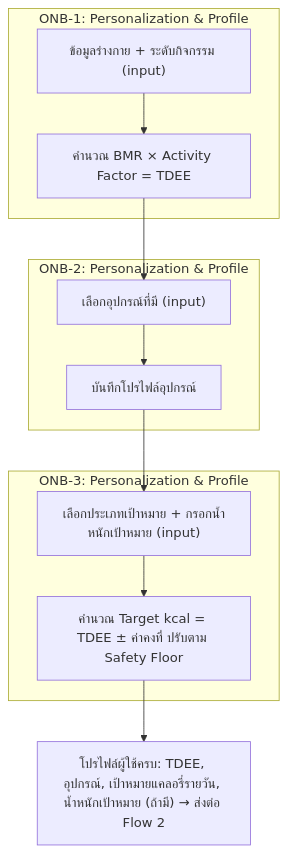
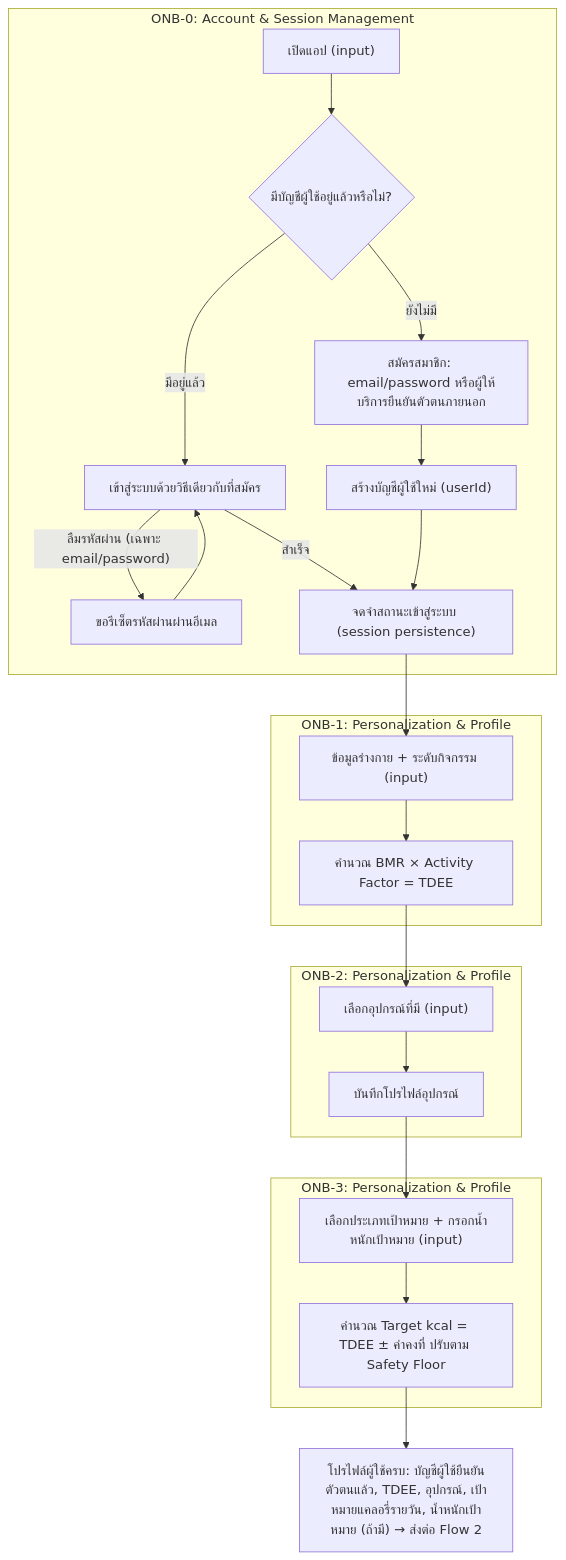
Before and after one commit to Kikofah/smartFit_daily: the second of 6 diagrams in docs/02-design/02-technical/high-level-architecture.md, drawn with Mermaid. The commit also changed other lines of this file and 21 other files, not shown here.

First line of the commit message:
Add ONB-0: Authentication (sign-up/login/password-reset/logout)

````diff
--- a/docs/02-design/02-technical/high-level-architecture.md
+++ b/docs/02-design/02-technical/high-level-architecture.md
@@ -148,15 +184,26 @@
 ```mermaid
 flowchart TD
+    subgraph ONB0["ONB-0: Account & Session Management"]
+        Z1["เปิดแอป (input)"] --> Z2{"มีบัญชีผู้ใช้อยู่แล้วหรือไม่?"}
+        Z2 -- ยังไม่มี --> Z3["สมัครสมาชิก: email/password หรือผู้ให้บริการยืนยันตัวตนภายนอก"]
+        Z3 --> Z4["สร้างบัญชีผู้ใช้ใหม่ (userId)"]
+        Z2 -- มีอยู่แล้ว --> Z5["เข้าสู่ระบบด้วยวิธีเดียวกับที่สมัคร"]
+        Z5 -- ลืมรหัสผ่าน (เฉพาะ email/password) --> Z6["ขอรีเซ็ตรหัสผ่านผ่านอีเมล"]
+        Z6 --> Z5
+        Z5 -- สำเร็จ --> Z7["จดจำสถานะเข้าสู่ระบบ (session persistence)"]
+        Z4 --> Z7
+    end
+    Z7 --> A1
     subgraph ONB1["ONB-1: Personalization & Profile"]
         A1["ข้อมูลร่างกาย + ระดับกิจกรรม (input)"] --> A2["คำนวณ BMR × Activity Factor = TDEE"]
     end
     subgraph ONB2["ONB-2: Personalization & Profile"]
         B1["เลือกอุปกรณ์ที่มี (input)"] --> B2["บันทึกโปรไฟล์อุปกรณ์"]
     end
     subgraph ONB3["ONB-3: Personalization & Profile"]
         C1["เลือกประเภทเป้าหมาย + กรอกน้ำหนักเป้าหมาย (input)"] --> C2["คำนวณ Target kcal = TDEE ± ค่าคงที่ ปรับตาม Safety Floor"]
     end
     A2 --> B1
     B2 --> C1
-    C2 --> OUT["โปรไฟล์ผู้ใช้ครบ: TDEE, อุปกรณ์, เป้าหมายแคลอรี่รายวัน, น้ำหนักเป้าหมาย (ถ้ามี) → ส่งต่อ Flow 2"]
+    C2 --> OUT["โปรไฟล์ผู้ใช้ครบ: บัญชีผู้ใช้ยืนยันตัวตนแล้ว, TDEE, อุปกรณ์, เป้าหมายแคลอรี่รายวัน, น้ำหนักเป้าหมาย (ถ้ามี) → ส่งต่อ Flow 2"]
 ```
````
